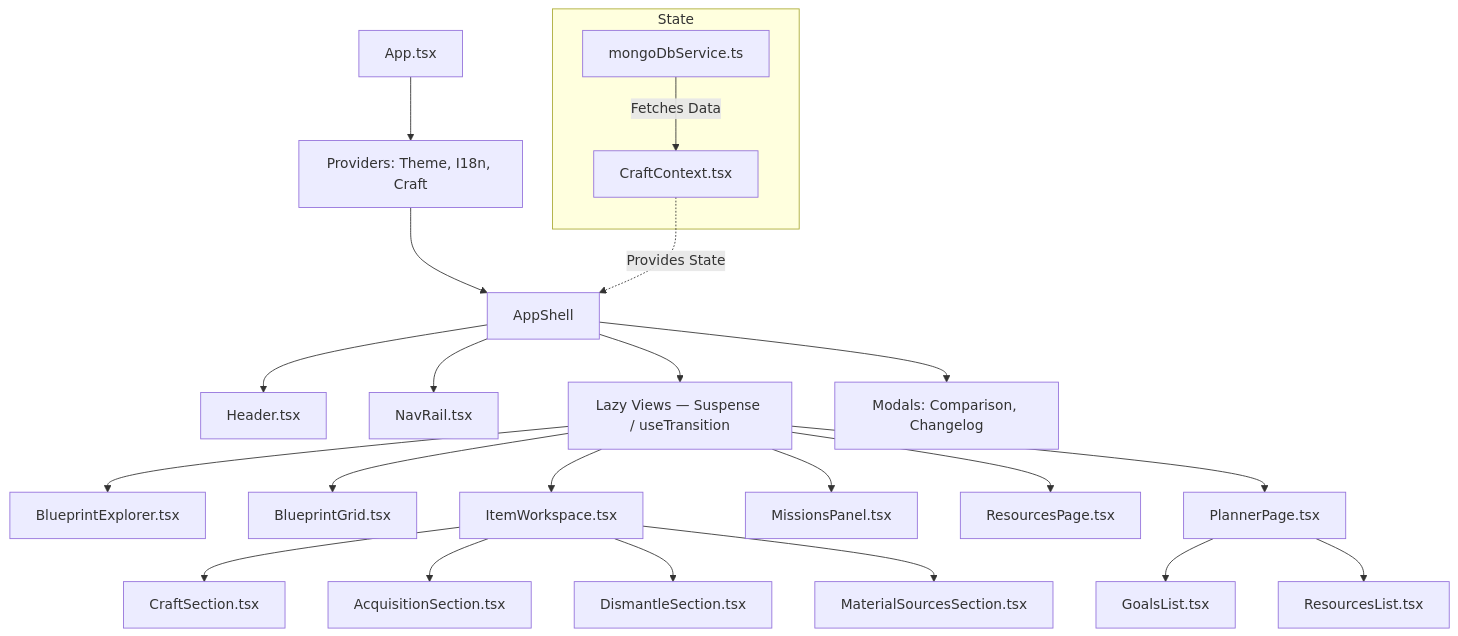
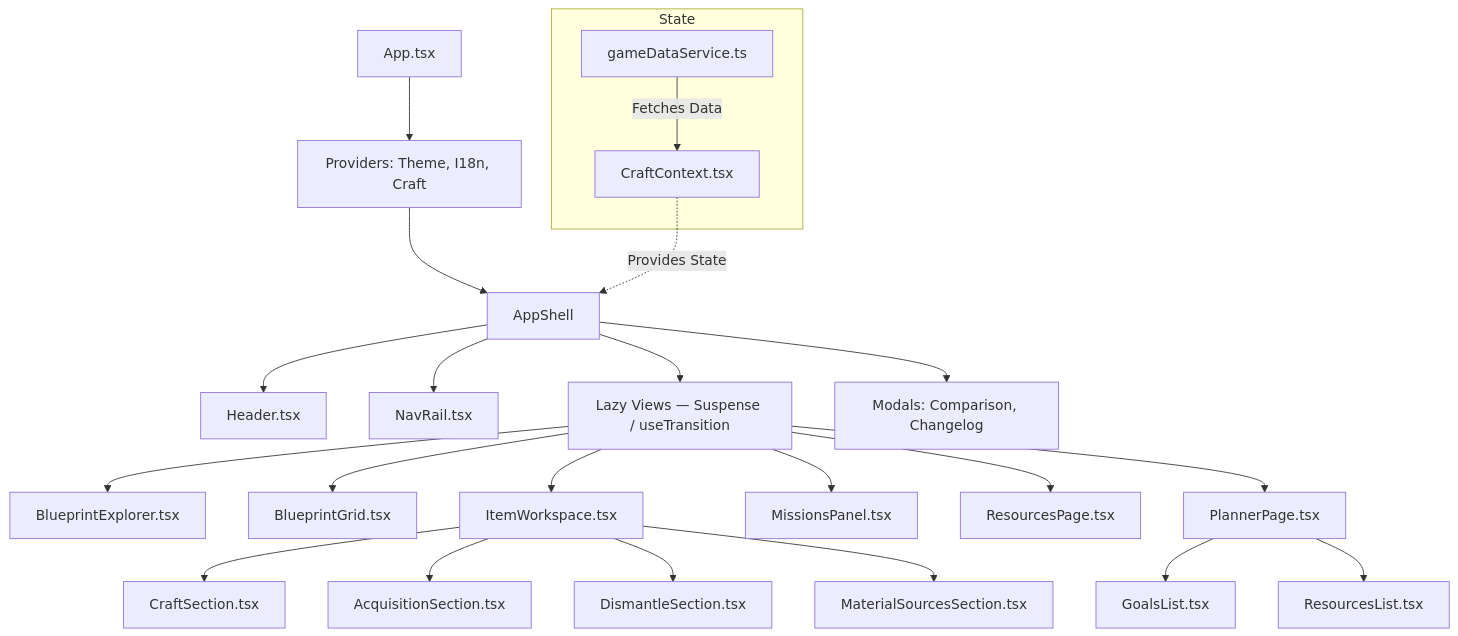
Before and after one commit to QuentinSostaric/space-craft-planner: the diagram in README.md, drawn with Mermaid. The commit also changed other lines of this file and 2 other files, not shown here.

First line of the commit message:
chore: remove all remaining MongoDB references

````diff
--- a/README.md
+++ b/README.md
@@ -26,33 +26,33 @@
 ```mermaid
 graph TD
     App[App.tsx] --> Providers[Providers: Theme, I18n, Craft]
     Providers --> AppShell[AppShell]
 
     AppShell --> Header[Header.tsx]
     AppShell --> NavRail[NavRail.tsx]
     AppShell --> Views[Lazy Views — Suspense / useTransition]
     AppShell --> Modals[Modals: Comparison, Changelog]
 
     Views --> BlueprintExplorer[BlueprintExplorer.tsx]
     Views --> BlueprintGrid[BlueprintGrid.tsx]
     Views --> ItemWorkspace[ItemWorkspace.tsx]
     Views --> MissionsPanel[MissionsPanel.tsx]
     Views --> ResourcesPage[ResourcesPage.tsx]
     Views --> PlannerPage[PlannerPage.tsx]
 
     ItemWorkspace --> CraftSection[CraftSection.tsx]
     ItemWorkspace --> AcquisitionSection[AcquisitionSection.tsx]
     ItemWorkspace --> DismantleSection[DismantleSection.tsx]
     ItemWorkspace --> MaterialSourcesSection[MaterialSourcesSection.tsx]
 
     PlannerPage --> GoalsList[GoalsList.tsx]
     PlannerPage --> ResourcesList[ResourcesList.tsx]
 
     subgraph State
         CraftContext[CraftContext.tsx]
-        mongoDbService[mongoDbService.ts]
+        gameDataService[gameDataService.ts]
     end
 
     CraftContext -.->|Provides State| AppShell
-    mongoDbService -->|Fetches Data| CraftContext
+    gameDataService -->|Fetches Data| CraftContext
 ```
````
